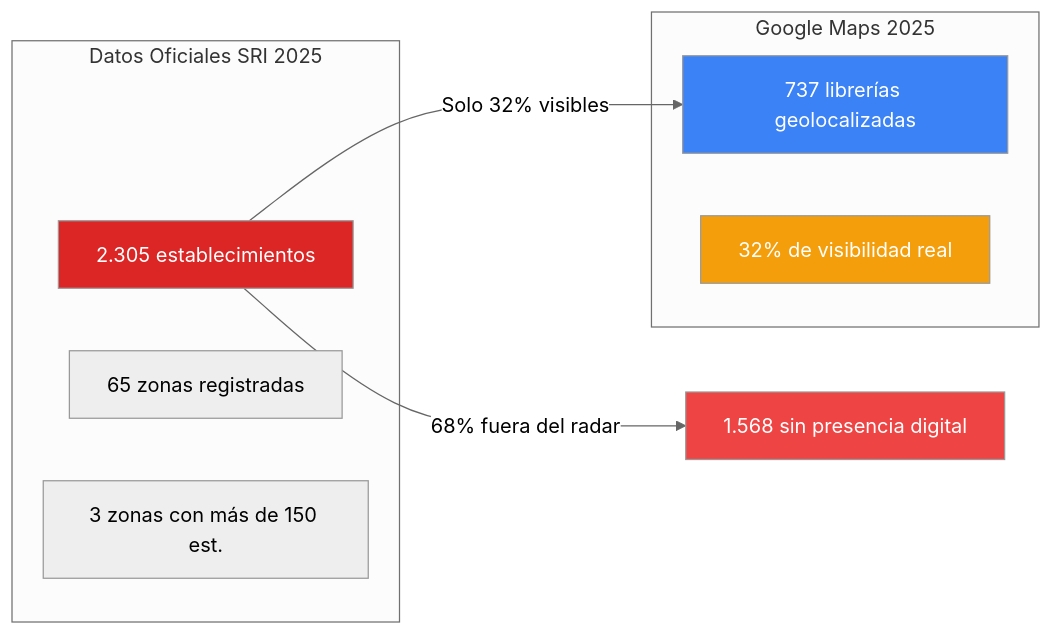
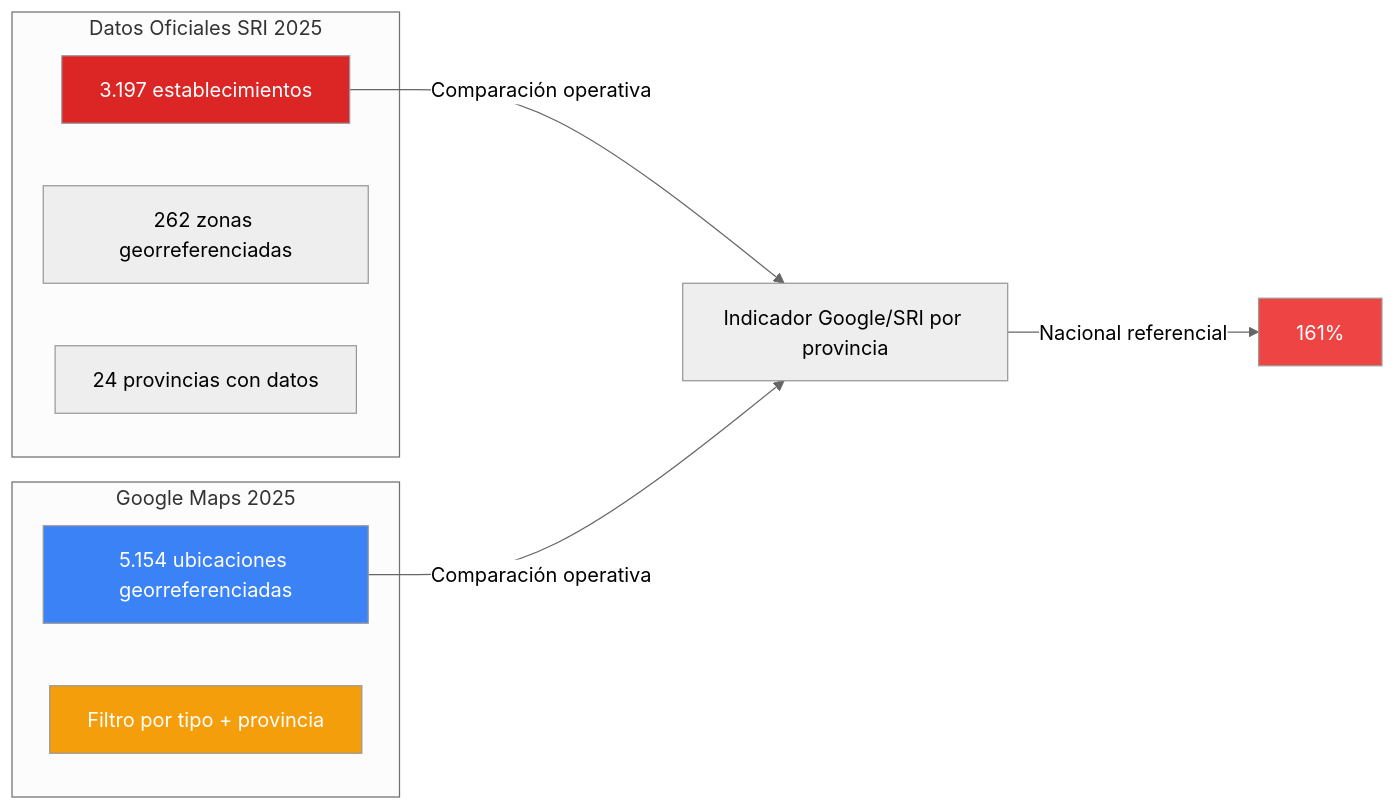
One commit to DanisonEdiel/Libros-Consolidado changed the second of 2 diagrams in Readme.md. Above: the diagram before and after it, drawn with Mermaid (neutral theme). The commit also changed other lines of this file and 2 other files, not shown here.

````diff
--- a/Readme.md
+++ b/Readme.md
@@ -35,21 +50,22 @@
 ```mermaid
 flowchart LR
     subgraph Realidad Oficial [Datos Oficiales SRI 2025]
-        A[2.305 establecimientos]
-        B[65 zonas registradas]
-        C[3 zonas con más de 150 est.]
+        A[3.197 establecimientos]
+        B[262 zonas georreferenciadas]
+        C[24 provincias con datos]
     end
 
     subgraph Realidad Digital [Google Maps 2025]
-        D[737 librerías geolocalizadas]
-        E[32% de visibilidad real]
+        D[5.154 ubicaciones georreferenciadas]
+        E[Filtro por tipo + provincia]
     end
 
-    A -->|Solo 32% visibles| D
-    A -->|68% fuera del radar| F[1.568 sin presencia digital]
+    A -->|Comparación operativa| G[Indicador Google/SRI por provincia]
+    D -->|Comparación operativa| G
+    G -->|Nacional referencial| H[161%]
 
     style A fill:#dc2626,color:white
     style D fill:#3b82f6,color:white
     style E fill:#f59e0b,color:white
-    style F fill:#ef4444,color:white
+    style H fill:#ef4444,color:white
 ```
````
